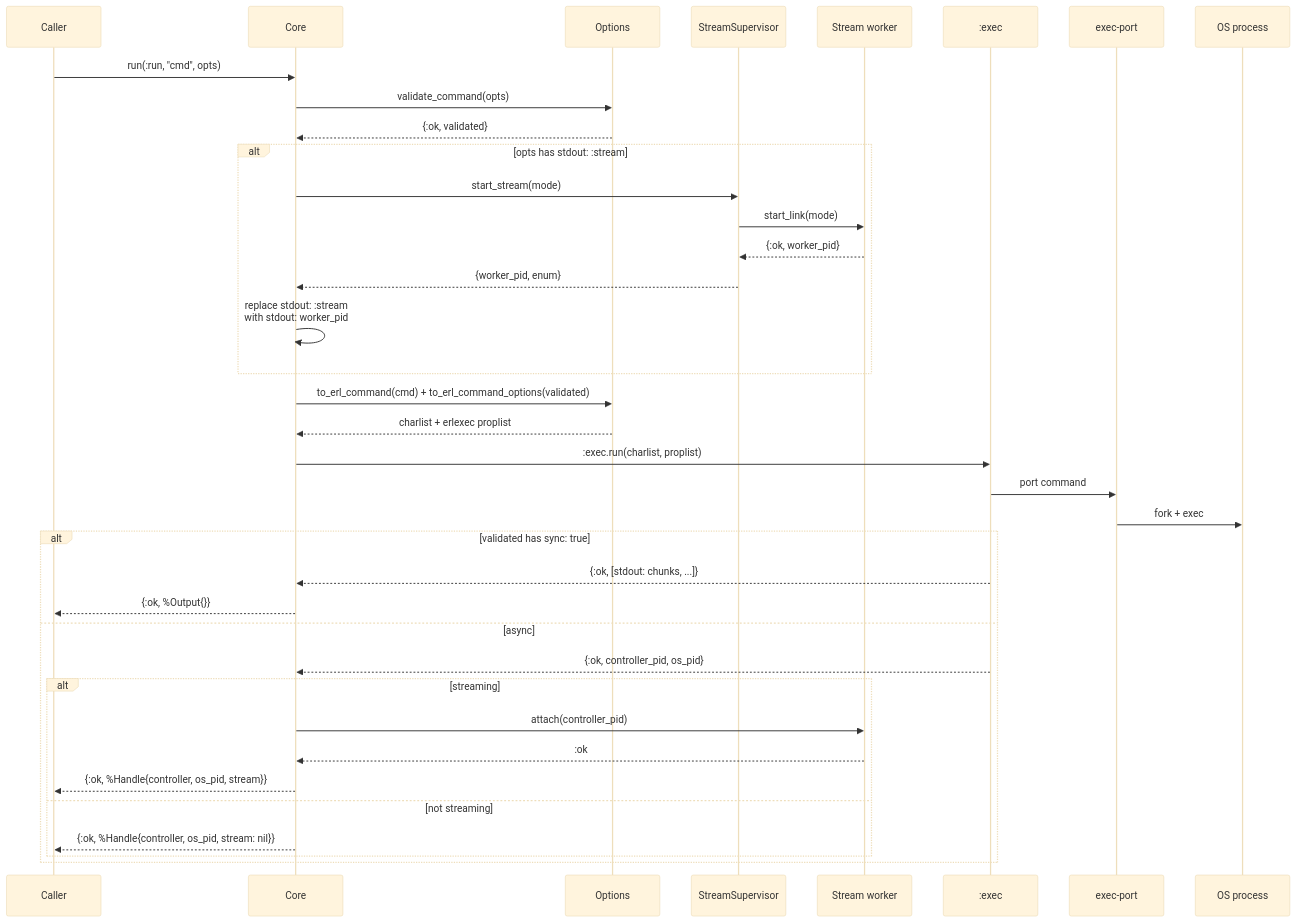
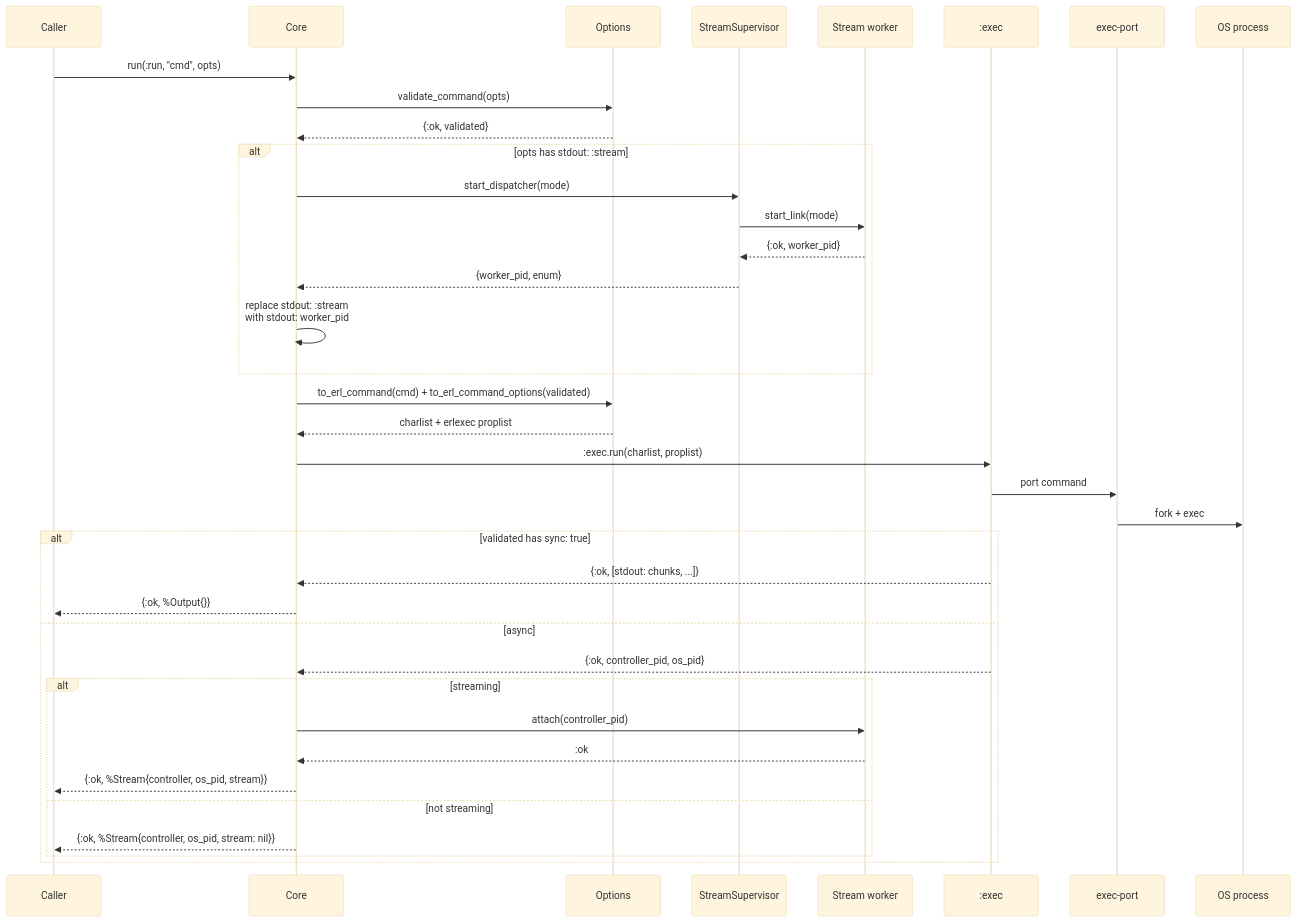
One commit to cylkdev/elixir_exec changed the fourth of 5 diagrams in docs/system-architecture.md. Above: the diagram before and after it, drawn with Mermaid (base theme). The commit also changed other lines of this file and 29 other files, not shown here.

````diff
--- a/docs/system-architecture.md
+++ b/docs/system-architecture.md
@@ -84,44 +84,44 @@
 ```mermaid
 sequenceDiagram
     participant C as Caller
     participant R as Core
     participant O as Options
     participant SS as StreamSupervisor
     participant W as Stream worker
     participant E as :exec
     participant K as exec-port
     participant P as OS process
 
     C->>R: run(:run, "cmd", opts)
     R->>O: validate_command(opts)
     O-->>R: {:ok, validated}
 
     alt opts has stdout: :stream
-        R->>SS: start_stream(mode)
+        R->>SS: start_dispatcher(mode)
         SS->>W: start_link(mode)
         W-->>SS: {:ok, worker_pid}
         SS-->>R: {worker_pid, enum}
         R->>R: replace stdout: :stream<br/>with stdout: worker_pid
     end
 
     R->>O: to_erl_command(cmd) + to_erl_command_options(validated)
     O-->>R: charlist + erlexec proplist
     R->>E: :exec.run(charlist, proplist)
     E->>K: port command
     K->>P: fork + exec
 
     alt validated has sync: true
         E-->>R: {:ok, [stdout: chunks, ...]}
         R-->>C: {:ok, %Output{}}
     else async
         E-->>R: {:ok, controller_pid, os_pid}
 
         alt streaming
             R->>W: attach(controller_pid)
             W-->>R: :ok
-            R-->>C: {:ok, %Handle{controller, os_pid, stream}}
+            R-->>C: {:ok, %Stream{controller, os_pid, stream}}
         else not streaming
-            R-->>C: {:ok, %Handle{controller, os_pid, stream: nil}}
+            R-->>C: {:ok, %Stream{controller, os_pid, stream: nil}}
         end
     end
 ```
````
